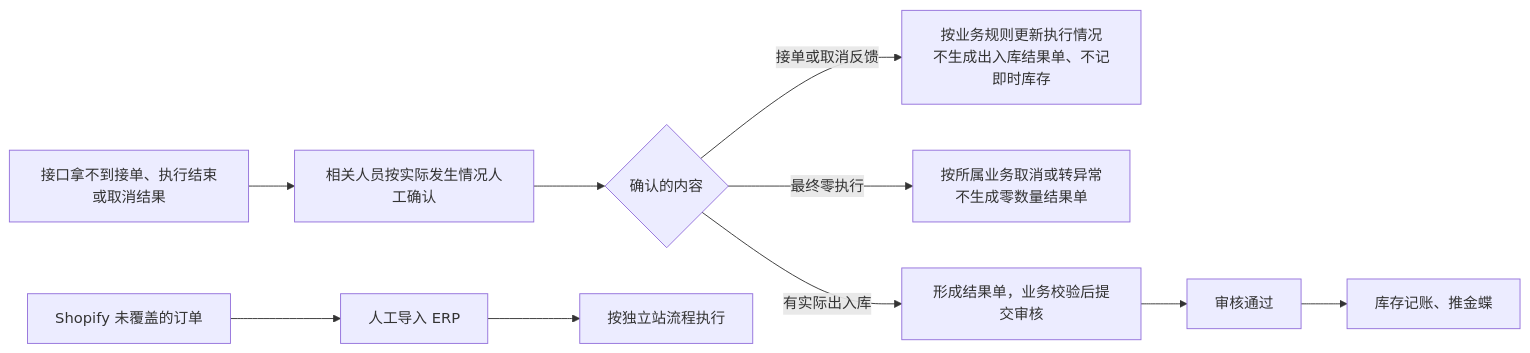
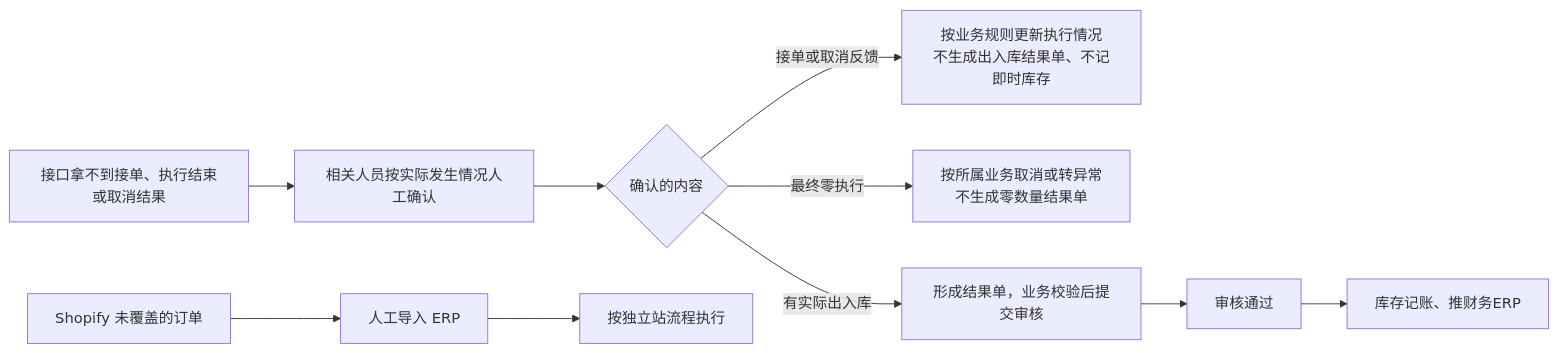
Before and after one commit to TopVitamin/QS-ERP-Project: diagram 11 of 11 in 04-产品设计方案/20260812-ERP项目第一版框架搭建/系统架构和流程/01-系统流程与单据交互.md, drawn with Mermaid. The commit also changed other lines of this file and 354 other files, not shown here.

````diff
--- a/04-产品设计方案/20260812-ERP项目第一版框架搭建/系统架构和流程/01-系统流程与单据交互.md
+++ b/04-产品设计方案/20260812-ERP项目第一版框架搭建/系统架构和流程/01-系统流程与单据交互.md
@@ -350,12 +350,12 @@
 ```mermaid
 flowchart LR
     A[接口拿不到接单、执行结束或取消结果] --> B[相关人员按实际发生情况人工确认]
     B --> R{确认的内容}
     R -->|接单或取消反馈| S[按业务规则更新执行情况<br/>不生成出入库结果单、不记即时库存]
     R -->|最终零执行| Z[按所属业务取消或转异常<br/>不生成零数量结果单]
     R -->|有实际出入库| C[形成结果单，业务校验后提交审核]
     C --> H[审核通过]
-    H --> D[库存记账、推金蝶]
+    H --> D[库存记账、推财务ERP]
     E[Shopify 未覆盖的订单] --> F[人工导入 ERP]
     F --> G[按独立站流程执行]
 ```
````
